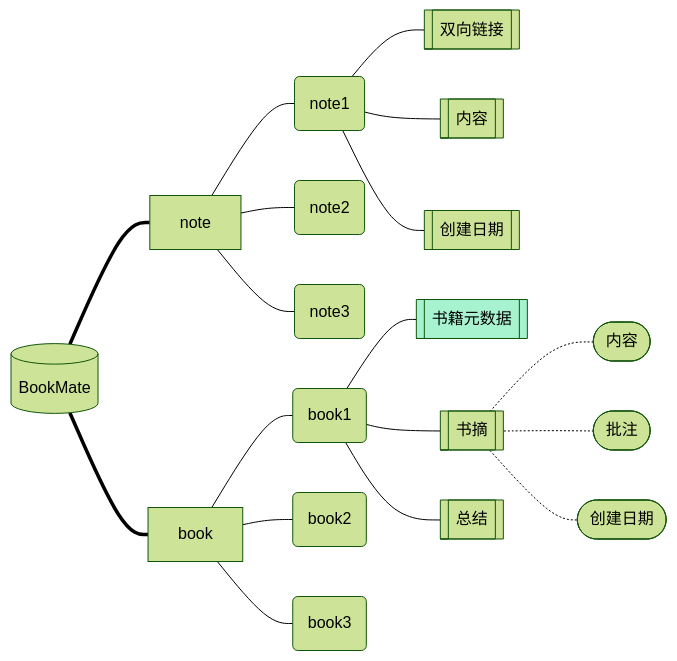
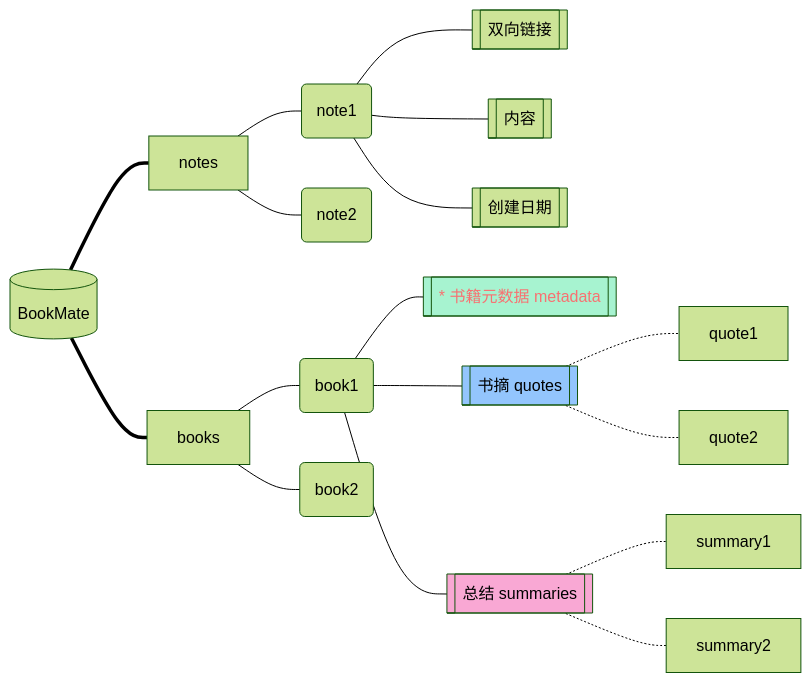
The first of 4 diagrams in Database.md (Benbinbin/BookMate), drawn with Mermaid (forest theme) before and after one commit. The commit also changed other lines of this file and 17 other files, not shown here.

````diff
--- a/Database.md
+++ b/Database.md
@@ -5,26 +7,28 @@
 ```mermaid
 graph LR
-  root[(BookMate)] === note[note]
-  root === book[book]
+  root[(BookMate)] === notes[notes]
+  root === books[books]
 
-  book --- book1(book1)
-  book --- book2(book2)
-  book --- book3(book3)
+  books --- book1(book1)
+  books --- book2(book2)
 
-  note --- note1(note1)
-  note --- note2(note2)
-  note --- note3(note3)
+  notes --- note1(note1)
+  notes --- note2(note2)
 
   note1 --- link[[双向链接]]
   note1 --- noteContent[[内容]]
   note1 --- noteCreatedDate[[创建日期]]
 
-  book1 ---  metadata[[书籍元数据]]
-  style metadata fill: #A7F3D0
-  book1 ---  quote[[书摘]]
-  book1 ---  summary[[总结]]
-
-  quote -.- quoteContent([内容])
-  quote -.- comment([批注])
-  quote -.- quoteCreatedDate([创建日期])
+  book1 ---  metadata[[* 书籍元数据 metadata]]
+  style metadata fill:#A7F3D0,color: #F87171
+  book1 ---  quotes[[书摘 quotes]]
+  style quotes fill: #93C5FD
+  book1 ---  summaries[[总结 summaries]]
+  style summaries fill: #F9A8D4
+  
+  quotes -.- quote1
+  quotes -.- quote2
+  
+  summaries -.- summary1
+  summaries -.- summary2
 ```
````
